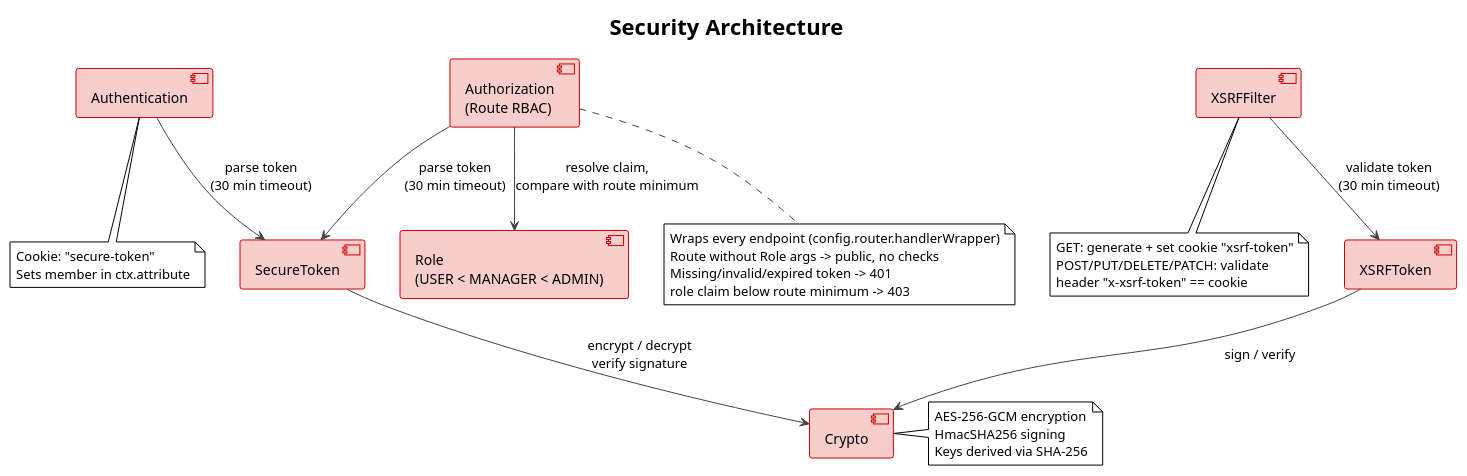
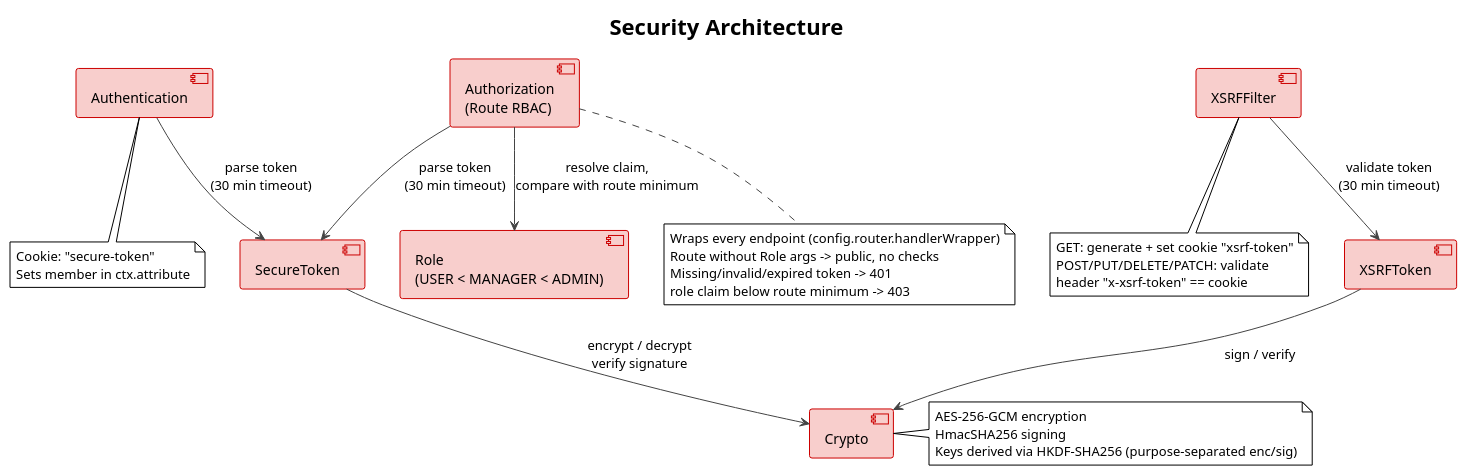
Before and after one commit to batzorigt/rest-api-template: the sixth of 8 diagrams in docs/architecture.md, drawn with PlantUML. The commit also changed other lines of this file and 14 other files, not shown here.

````diff
--- a/docs/architecture.md
+++ b/docs/architecture.md
@@ -298,52 +298,52 @@
 ```plantuml
 @startuml Security
 !theme plain
 title Security Architecture
 
 skinparam component {
   BorderColor #cc0000
   BackgroundColor #f8cecc
 }
 skinparam ArrowColor #444444
 
 component "Authentication" as auth
 component "Authorization\n(Route RBAC)" as authz
 component "Role\n(USER < MANAGER < ADMIN)" as role
 component "XSRFFilter" as xsrf
 component "SecureToken" as st
 component "XSRFToken" as xt
 component "Crypto" as crypto
 
 note right of crypto
   AES-256-GCM encryption
   HmacSHA256 signing
-  Keys derived via SHA-256
+  Keys derived via HKDF-SHA256 (purpose-separated enc/sig)
 end note
 
 authz --> st : parse token\n(30 min timeout)
 authz --> role : resolve claim,\ncompare with route minimum
 auth --> st : parse token\n(30 min timeout)
 xsrf --> xt : validate token\n(30 min timeout)
 st --> crypto : encrypt / decrypt\nverify signature
 xt --> crypto : sign / verify
 
 note bottom of authz
   Wraps every endpoint (config.router.handlerWrapper)
   Route without Role args -> public, no checks
   Missing/invalid/expired token -> 401
   role claim below route minimum -> 403
 end note
 
 note bottom of auth
   Cookie: "secure-token"
   Sets member in ctx.attribute
 end note
 
 note bottom of xsrf
   GET: generate + set cookie "xsrf-token"
   POST/PUT/DELETE/PATCH: validate
   header "x-xsrf-token" == cookie
 end note
 
 @enduml
 ```
````
